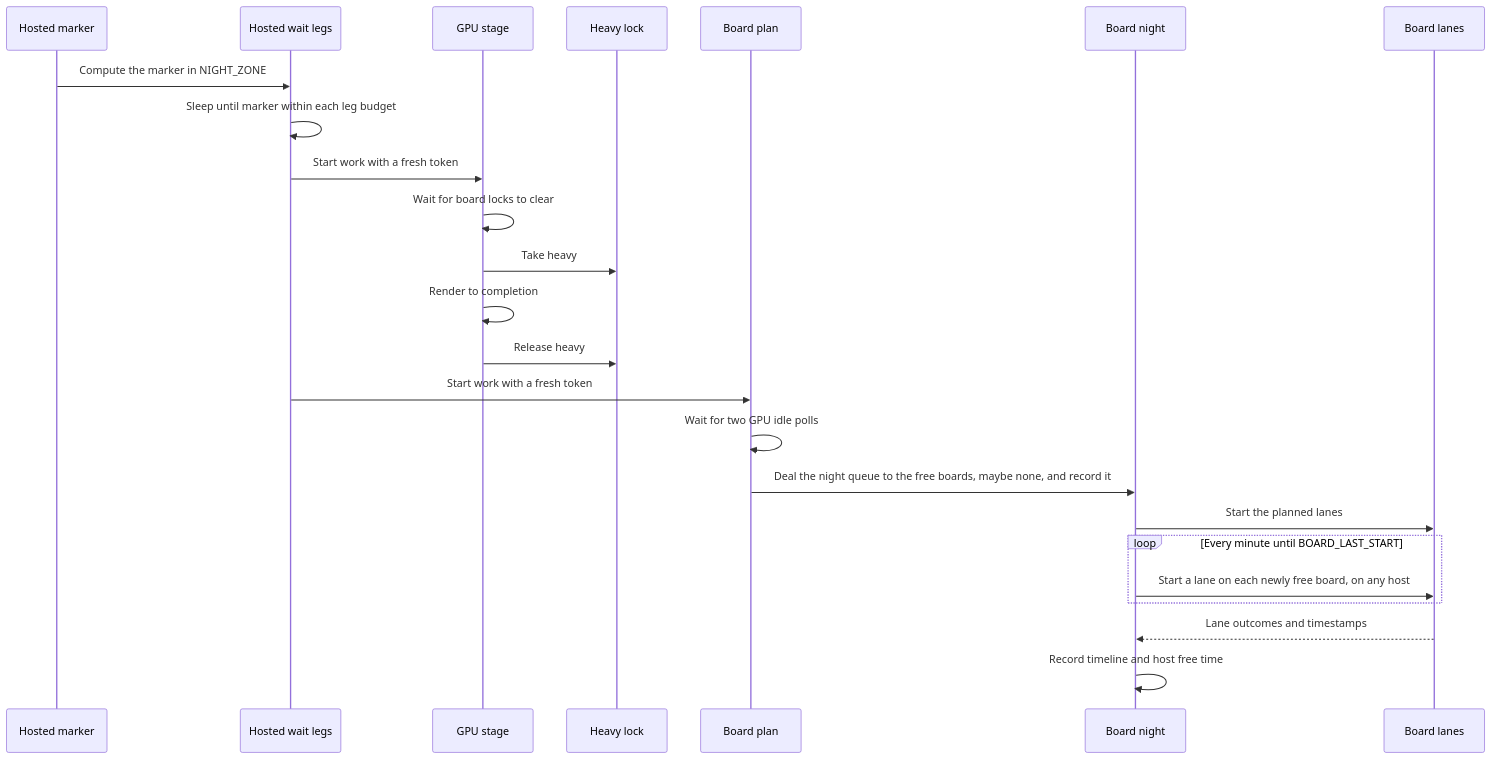
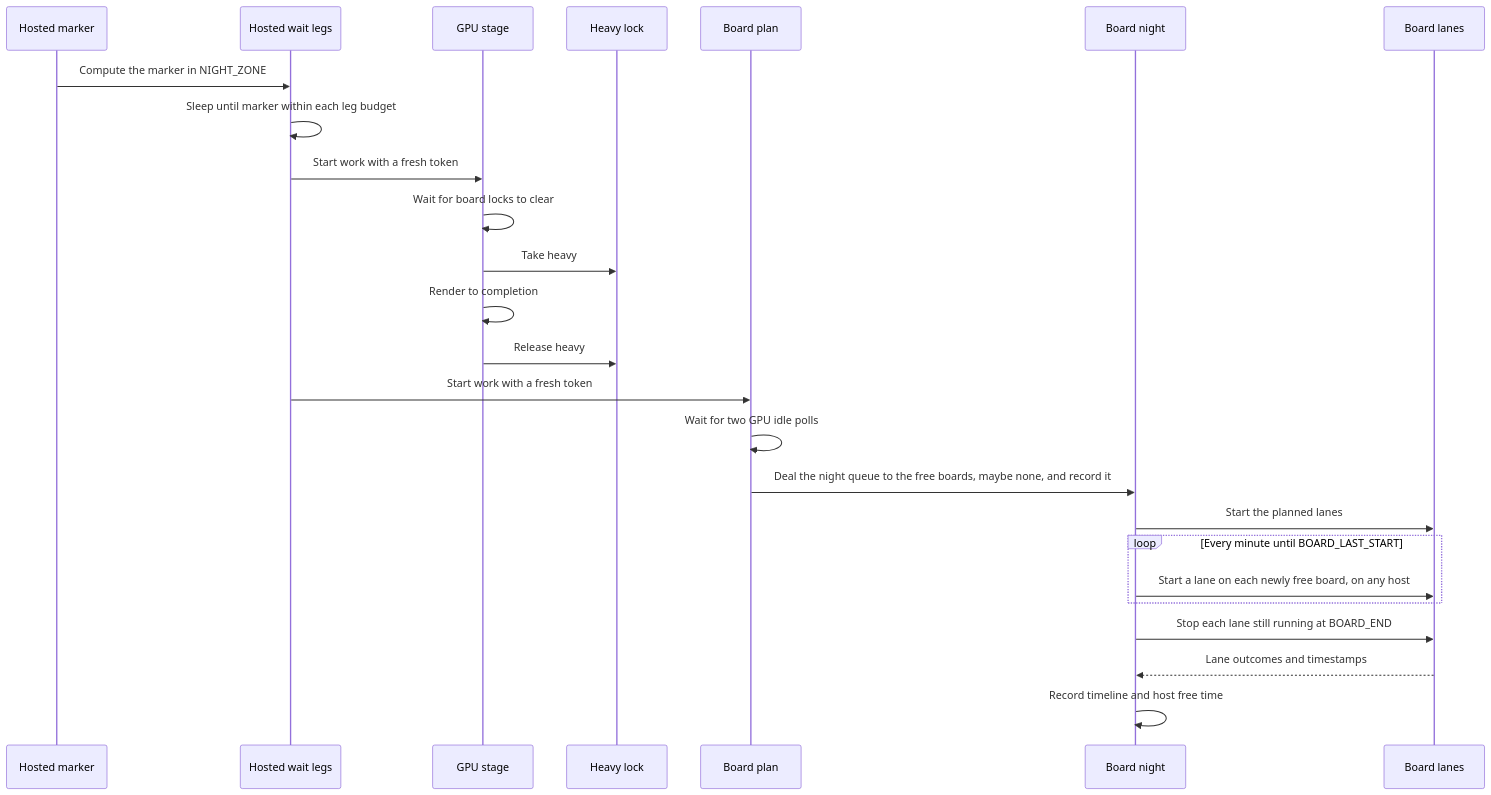
The third of 3 diagrams in launcher/tools/perf/README.md (jose-villegas/autana), drawn with Mermaid before and after one commit. The commit also changed other lines of this file and 2 other files, not shown here.

Commit message:
nightly: price a lane's next step at its slowest measured step; stop late lanes within one shared grace (autana-om0hm)

````diff
--- a/launcher/tools/perf/README.md
+++ b/launcher/tools/perf/README.md
@@ -256,26 +256,27 @@
 ```mermaid
 sequenceDiagram
     participant Marker as Hosted marker
     participant Wait as Hosted wait legs
     participant GPU as GPU stage
     participant Heavy as Heavy lock
     participant Plan as Board plan
     participant Night as Board night
     participant Lanes as Board lanes
     Marker->>Wait: Compute the marker in NIGHT_ZONE
     Wait->>Wait: Sleep until marker within each leg budget
     Wait->>GPU: Start work with a fresh token
     GPU->>GPU: Wait for board locks to clear
     GPU->>Heavy: Take heavy
     GPU->>GPU: Render to completion
     GPU->>Heavy: Release heavy
     Wait->>Plan: Start work with a fresh token
     Plan->>Plan: Wait for two GPU idle polls
     Plan->>Night: Deal the night queue to the free boards, maybe none, and record it
     Night->>Lanes: Start the planned lanes
     loop Every minute until BOARD_LAST_START
         Night->>Lanes: Start a lane on each newly free board, on any host
     end
+    Night->>Lanes: Stop each lane still running at BOARD_END
     Lanes-->>Night: Lane outcomes and timestamps
     Night->>Night: Record timeline and host free time
 ```
````
